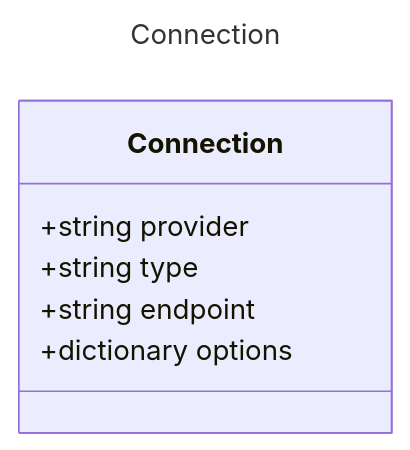
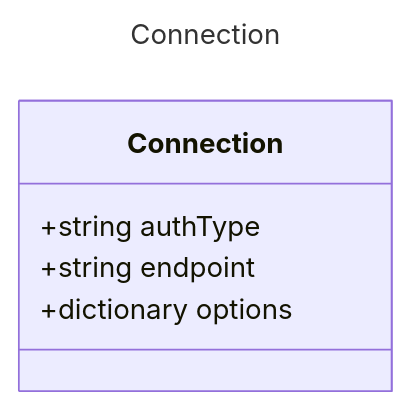
One commit to microsoft/prompty changed the diagram in specification/prompty/docs/Connection.md. Above: the diagram before and after it, drawn with Mermaid. The commit also changed other lines of this file and 30 other files, not shown here.

````diff
--- a/specification/prompty/docs/Connection.md
+++ b/specification/prompty/docs/Connection.md
@@ -9,12 +9,11 @@
 ```mermaid
 ---
 title: Connection
 ---
 classDiagram
     class Connection {
-        +string provider
-        +string type
+        +string authType
         +string endpoint
         +dictionary options
     }
 ```
````
